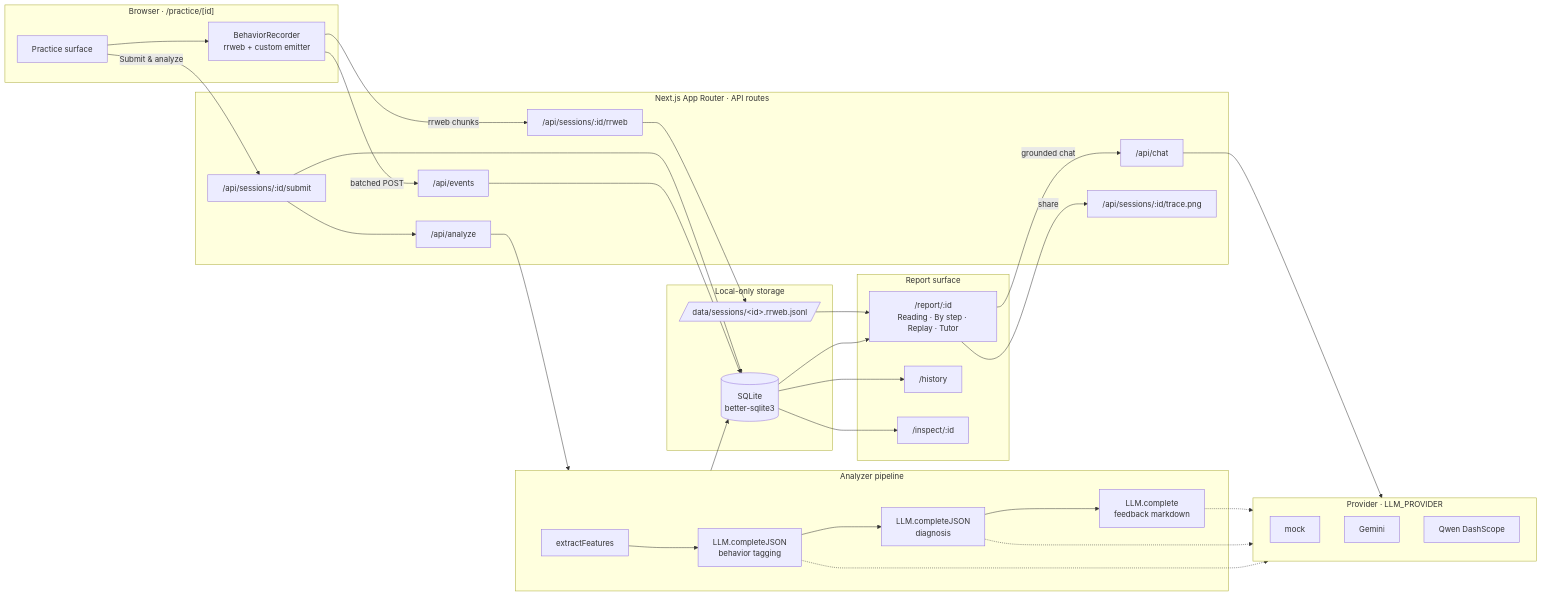
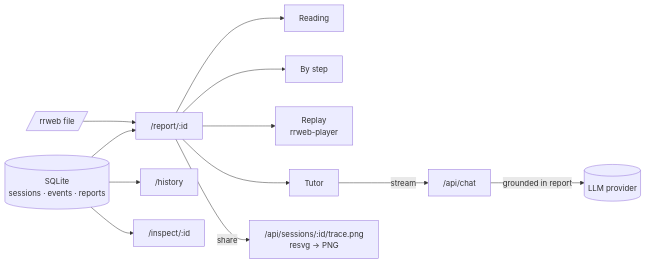
One commit to faketut/Cogniscope changed the third of 3 diagrams in README.md. Above: the diagram before and after it, drawn with Mermaid. The commit also changed other lines of this file, not shown here.

Commit message:
docs(readme): drop demo/config/routes sections; add three workflow Mermaid diagrams

````diff
--- a/README.md
+++ b/README.md
@@ -102,59 +116,19 @@
 ```mermaid
 flowchart LR
-  subgraph Client["Browser · /practice/[id]"]
-    UI[Practice surface]
-    REC[BehaviorRecorder<br/>rrweb + custom emitter]
-    UI --> REC
-  end
+  DB[(SQLite<br/>sessions · events · reports)]
+  FS[/rrweb file/]
 
-  subgraph API["Next.js App Router · API routes"]
-    EV["/api/events"]
-    RR["/api/sessions/:id/rrweb"]
-    SUB["/api/sessions/:id/submit"]
-    AN["/api/analyze"]
-    CHAT["/api/chat"]
-    PNG["/api/sessions/:id/trace.png"]
-  end
+  DB --> R["/report/:id"]
+  FS --> R
+  DB --> H["/history"]
+  DB --> I["/inspect/:id"]
 
-  subgraph Storage["Local-only storage"]
-    DB[(SQLite<br/>better-sqlite3)]
-    FS[/data/sessions/&lt;id&gt;.rrweb.jsonl/]
-  end
+  R --> T1[Reading]
+  R --> T2[By step]
+  R --> T3[Replay<br/>rrweb-player]
+  R --> T4[Tutor]
 
-  subgraph Pipeline["Analyzer pipeline"]
-    FE[extractFeatures]
-    TAG[LLM.completeJSON<br/>behavior tagging]
-    DIAG[LLM.completeJSON<br/>diagnosis]
-    FB[LLM.complete<br/>feedback markdown]
-    FE --> TAG --> DIAG --> FB
-  end
-
-  subgraph LLM["Provider · LLM_PROVIDER"]
-    MOCK[mock]
-    GEM[Gemini]
-    QWEN[Qwen DashScope]
-  end
-
-  subgraph Views["Report surface"]
-    REPORT["/report/:id<br/>Reading · By step · Replay · Tutor"]
-    HIST["/history"]
-    INSP["/inspect/:id"]
-  end
-
-  REC -->|batched POST| EV --> DB
-  REC -->|rrweb chunks| RR --> FS
-  UI -->|Submit & analyze| SUB --> DB
-  SUB --> AN
-  AN --> Pipeline
-  Pipeline --> DB
-  TAG -.-> LLM
-  DIAG -.-> LLM
-  FB -.-> LLM
-
-  DB --> REPORT
-  FS --> REPORT
-  DB --> HIST
-  DB --> INSP
-  REPORT -->|grounded chat| CHAT --> LLM
-  REPORT -->|share| PNG
+  T4 -->|stream| CHAT["/api/chat"]
+  CHAT -->|grounded in report| LLM[(LLM provider)]
+  R -->|share| PNG["/api/sessions/:id/trace.png<br/>resvg → PNG"]
 ```
````
